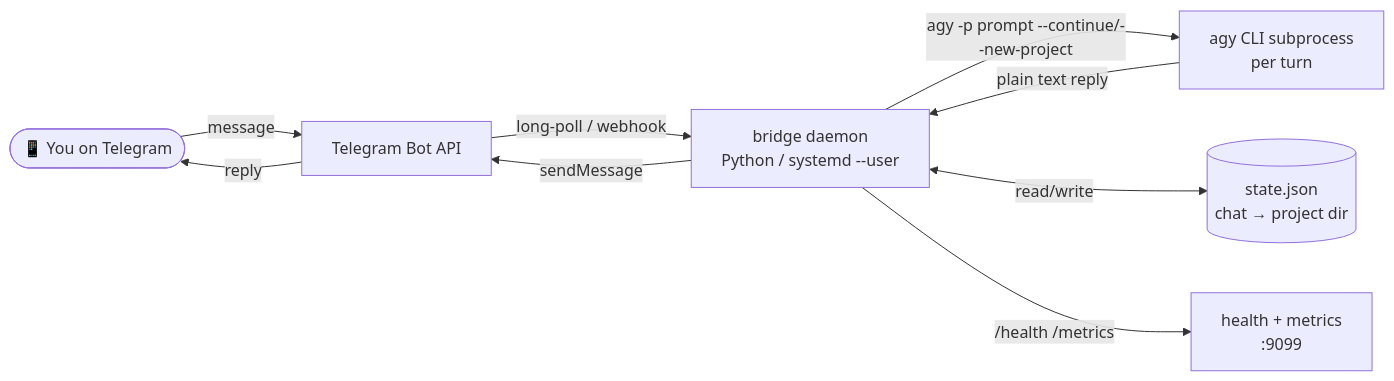
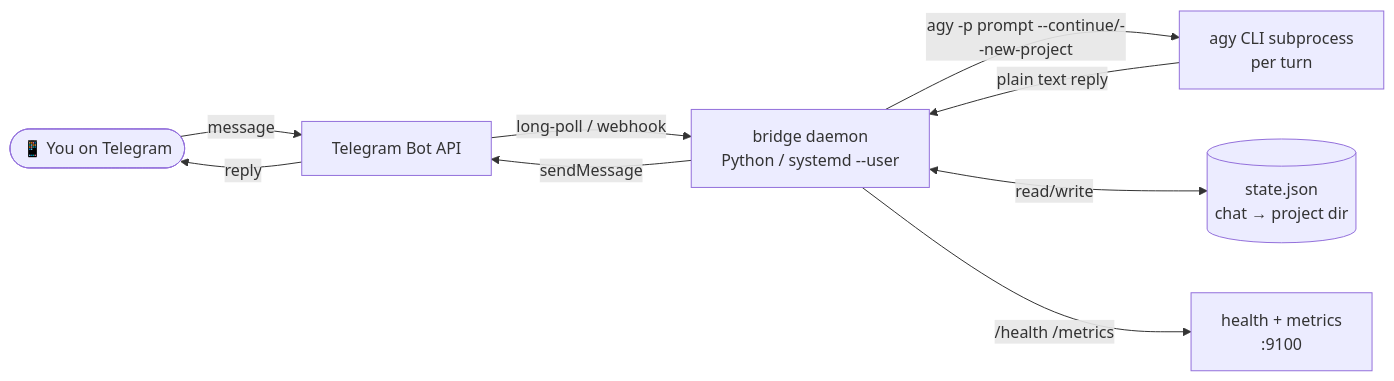
Before and after one commit to DiM3NT0R/agy-to-tg: the diagram in README.md, drawn with Mermaid. The commit also changed other lines of this file and 3 other files, not shown here.

First line of the commit message:
docs: update health/metrics port references to 9100

````diff
--- a/README.md
+++ b/README.md
@@ -49,18 +49,18 @@
 ```mermaid
 flowchart LR
     User([📱 You on Telegram])
     TG[Telegram Bot API]
     Bridge[bridge daemon<br/>Python / systemd --user]
     Agy[agy CLI subprocess<br/>per turn]
     State[(state.json<br/>chat → project dir)]
-    Health[health + metrics<br/>:9099]
+    Health[health + metrics<br/>:9100]
 
     User -->|message| TG
     TG -->|long-poll / webhook| Bridge
     Bridge -->|agy -p prompt --continue/--new-project| Agy
     Agy -->|plain text reply| Bridge
     Bridge -->|sendMessage| TG
     TG -->|reply| User
     Bridge <-->|read/write| State
     Bridge -->|/health /metrics| Health
 ```
````
